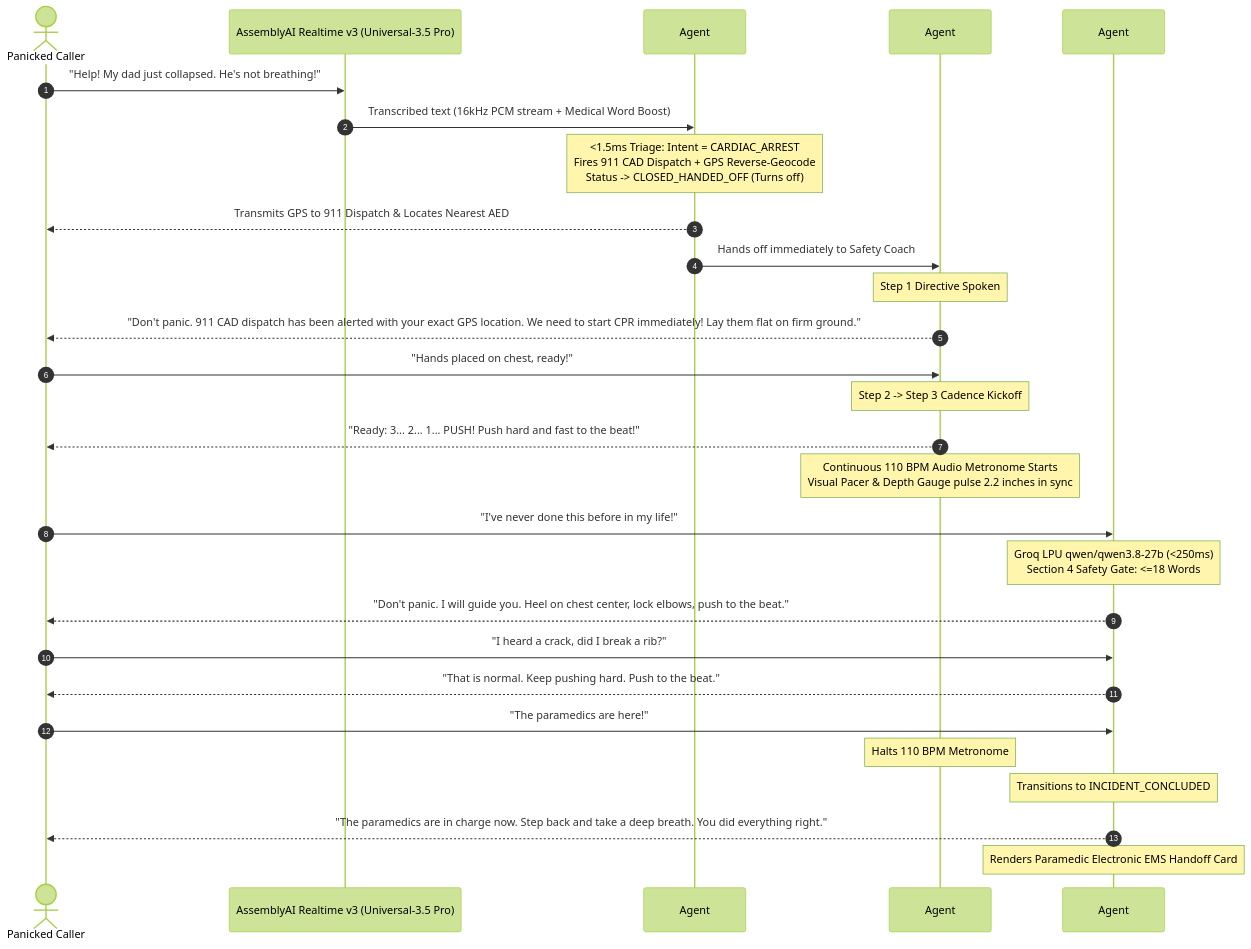
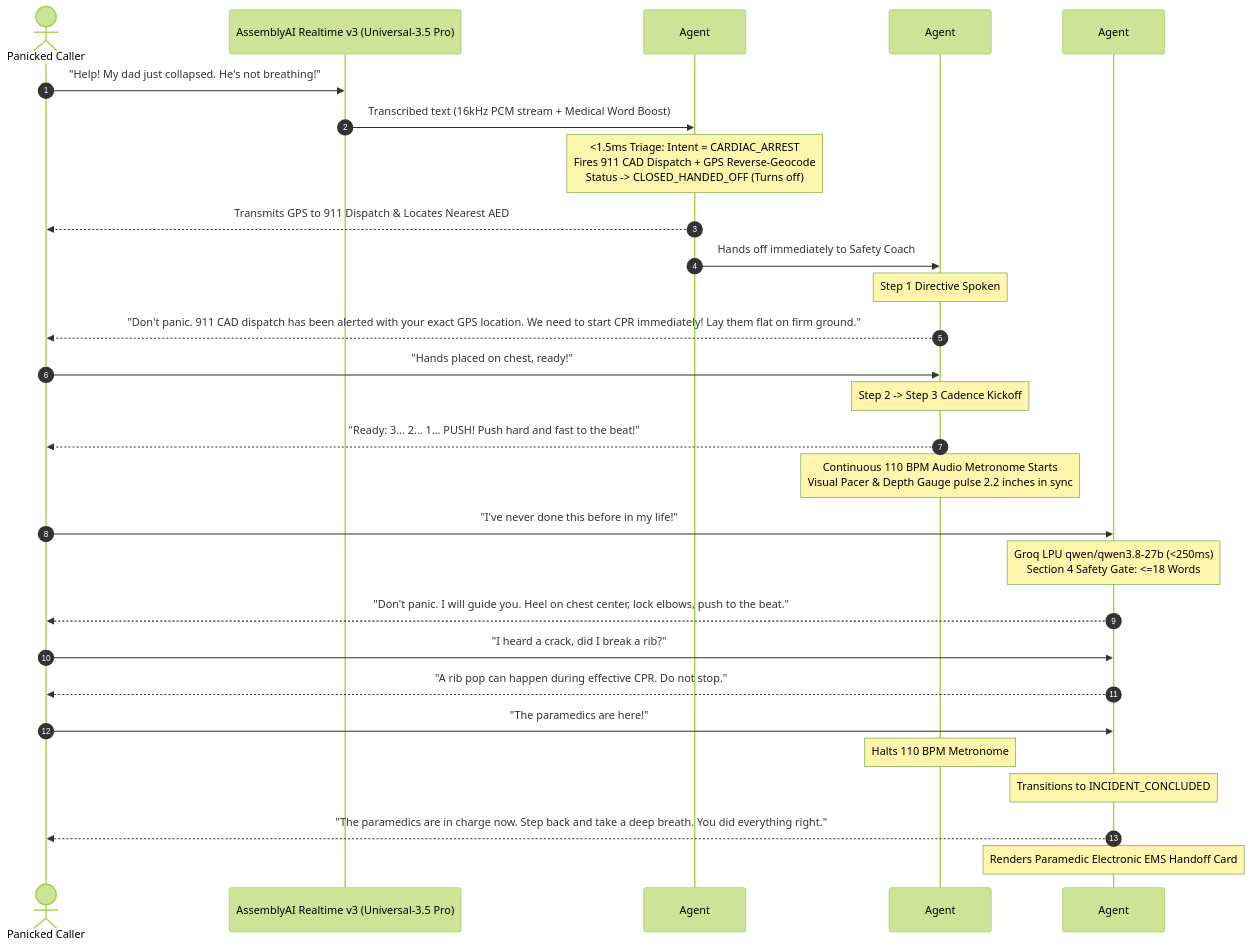
One commit to ranazain9/keepalive changed the diagram in README.md. Above: the diagram before and after it, drawn with Mermaid (forest theme). The commit also changed other lines of this file and 2 other files, not shown here.

First line of the commit message:
Say only what we can stand behind

````diff
--- a/README.md
+++ b/README.md
@@ -68,36 +68,36 @@
 ```mermaid
 sequenceDiagram
     autonumber
     actor Rescuer as Panicked Caller
     participant STT as AssemblyAI Realtime v3 (Universal-3.5 Pro)
     participant A1 as Agent #1 (Triage & CAD Dispatch)
     participant A2 as Agent #2 (Safety Coach & Metronome)
     participant A3 as Agent #3 (Groq LPU Resuscitation LLM)
 
     Rescuer->>STT: "Help! My dad just collapsed. He's not breathing!"
     STT->>A1: Transcribed text (16kHz PCM stream + Medical Word Boost)
     Note over A1: <1.5ms Triage: Intent = CARDIAC_ARREST<br/>Fires 911 CAD Dispatch + GPS Reverse-Geocode<br/>Status -> CLOSED_HANDED_OFF (Turns off)
     A1-->>Rescuer: Transmits GPS to 911 Dispatch & Locates Nearest AED
 
     A1->>A2: Hands off immediately to Safety Coach
     Note over A2: Step 1 Directive Spoken
     A2-->>Rescuer: "Don't panic. 911 CAD dispatch has been alerted with your exact GPS location. We need to start CPR immediately! Lay them flat on firm ground."
 
     Rescuer->>A2: "Hands placed on chest, ready!"
     Note over A2: Step 2 -> Step 3 Cadence Kickoff
     A2-->>Rescuer: "Ready: 3... 2... 1... PUSH! Push hard and fast to the beat!"
     Note over A2: Continuous 110 BPM Audio Metronome Starts<br/>Visual Pacer & Depth Gauge pulse 2.2 inches in sync
 
     Rescuer->>A3: "I've never done this before in my life!"
     Note over A3: Groq LPU qwen/qwen3.8-27b (<250ms)<br/>Section 4 Safety Gate: <=18 Words
     A3-->>Rescuer: "Don't panic. I will guide you. Heel on chest center, lock elbows, push to the beat."
 
     Rescuer->>A3: "I heard a crack, did I break a rib?"
-    A3-->>Rescuer: "That is normal. Keep pushing hard. Push to the beat."
+    A3-->>Rescuer: "A rib pop can happen during effective CPR. Do not stop."
 
     Rescuer->>A3: "The paramedics are here!"
     Note over A2: Halts 110 BPM Metronome
     Note over A3: Transitions to INCIDENT_CONCLUDED
     A3-->>Rescuer: "The paramedics are in charge now. Step back and take a deep breath. You did everything right."
     Note over A3: Renders Paramedic Electronic EMS Handoff Card
 ```
````
